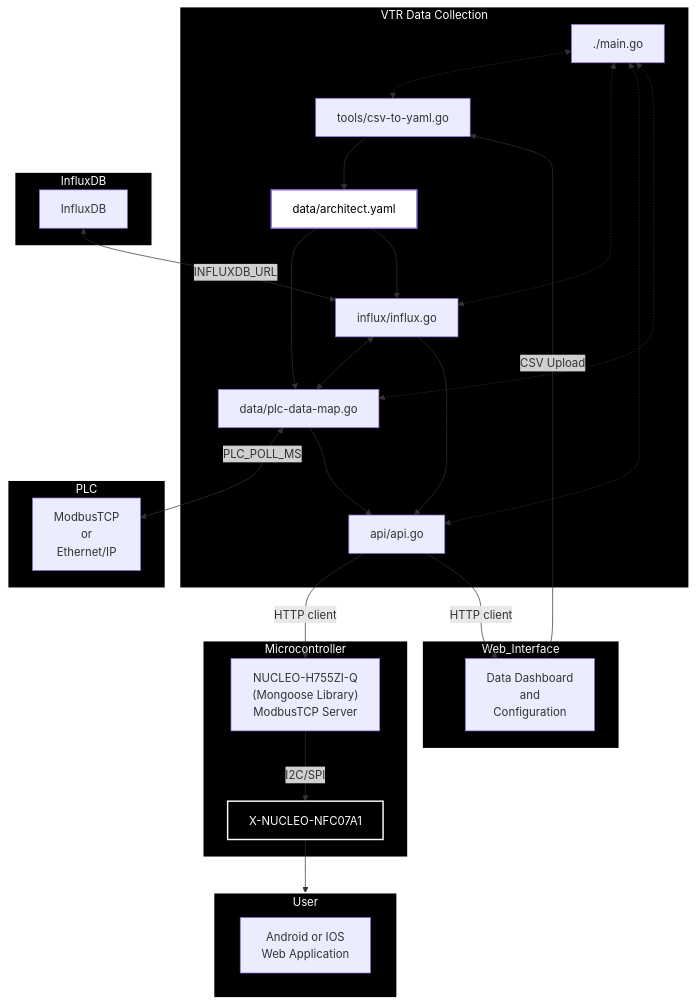
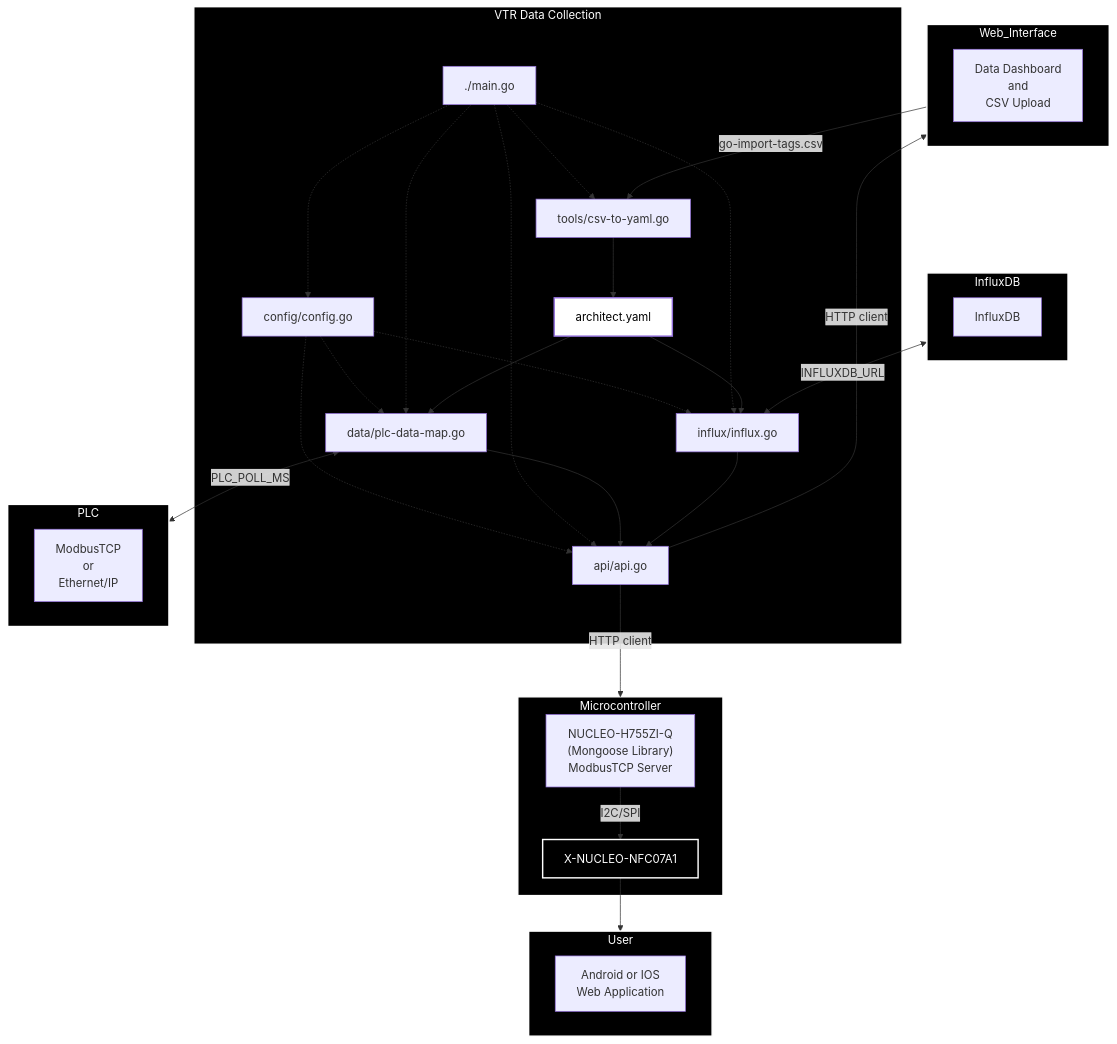
Before and after one commit to vtrgo/vtrgo-data-dashboard: the diagram in MERMAID.md, drawn with Mermaid.

````diff
--- a/MERMAID.md
+++ b/MERMAID.md
@@ -1,67 +1,63 @@
 ```mermaid
 flowchart TD
     subgraph Architect["VTR Data Collection"]
         main_go["./main.go"]
         api["api/api.go"]
         data["data/plc-data-map.go"]
         influx["influx/influx.go"]
         tools["tools/csv-to-yaml.go"]
-        architect_yaml["data/architect.yaml"]
+        config["config/config.go"]
+        architect_yaml["architect.yaml"]
     end
 
     subgraph PLC
         plc_conn["ModbusTCP <br> or <br> Ethernet/IP"]
     end
 
     subgraph InfluxDB
         influxdb["InfluxDB"]
     end
 
     subgraph Web_Interface
-        web_config["Data Dashboard <br> and <br> Configuration "]
+        web_config["Data Dashboard <br> and <br> CSV Upload "]
     end
 
     subgraph Microcontroller
         microcontroller["NUCLEO-H755ZI-Q <br> (Mongoose Library) <br> ModbusTCP Server"]
         NFC["X-NUCLEO-NFC07A1"]
     end
 
     subgraph User
         android["Android or IOS <br>Web Application"]
     end
 
-    main_go <-.-> tools
-    main_go <-.-> influx
-    main_go <-.-> api
-    main_go <-.-> data
-
-    data <-- "PLC_POLL_MS" --> plc_conn
+    config -.-> influx
+    config -.-> data
+    config -.-> api
+    main_go -.-> config
+    main_go -.-> tools
+    main_go -.-> influx
+    main_go -.-> api
+    main_go -.-> data
     data --> api
-
-    api -- "HTTP client" --> microcontroller
-    api -- "HTTP client" --> web_config
-
-    influxdb <-- "INFLUXDB_URL" --> influx
-    influx <--> data
+    data <-- "PLC_POLL_MS" --> PLC
+    api -- "HTTP client" --> Microcontroller
+    api -- "HTTP client" --> Web_Interface
     influx --> api
-
     tools --> architect_yaml
-
     architect_yaml --> data
     architect_yaml --> influx
-
     microcontroller -- "I2C/SPI" --> NFC
-
+    InfluxDB <-- "INFLUXDB_URL" --> influx
     NFC --> User
-
-    web_config -- "CSV Upload" --> tools
+    Web_Interface -- "go-import-tags.csv" --> tools
 
     style Architect fill:#000,stroke:#fff,color:#fff,stroke-width:2px
     style PLC fill:#000,stroke:#fff,color:#fff,stroke-width:2px
     style Web_Interface fill:#000,stroke:#fff,color:#fff,stroke-width:2px
     style InfluxDB fill:#000,stroke:#fff,color:#fff,stroke-width:2px
     style Microcontroller fill:#000,stroke:#fff,color:#fff,stroke-width:2px
     style NFC fill:#000,stroke:#fff,color:#fff,stroke-width:2px
     style User fill:#000,stroke:#fff,color:#fff,stroke-width:2px
     style architect_yaml fill:#fff, color:#000,stroke-width:2px
 ```
````
